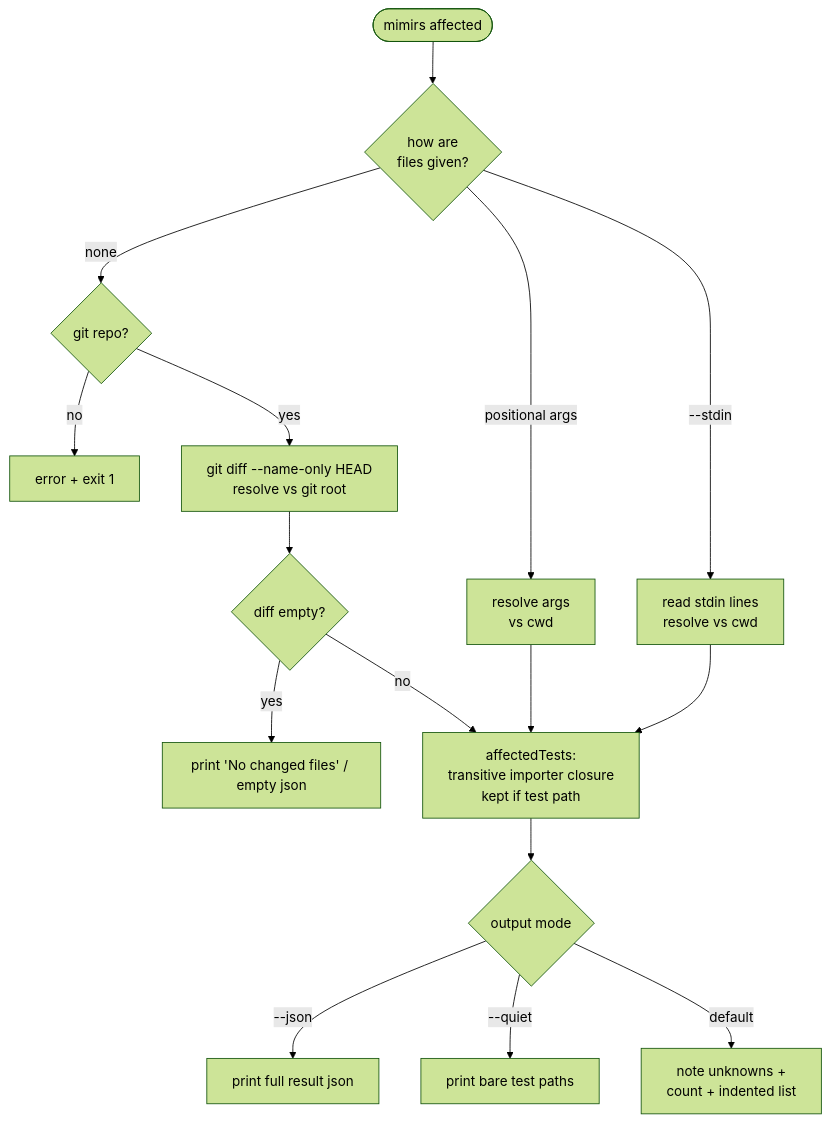
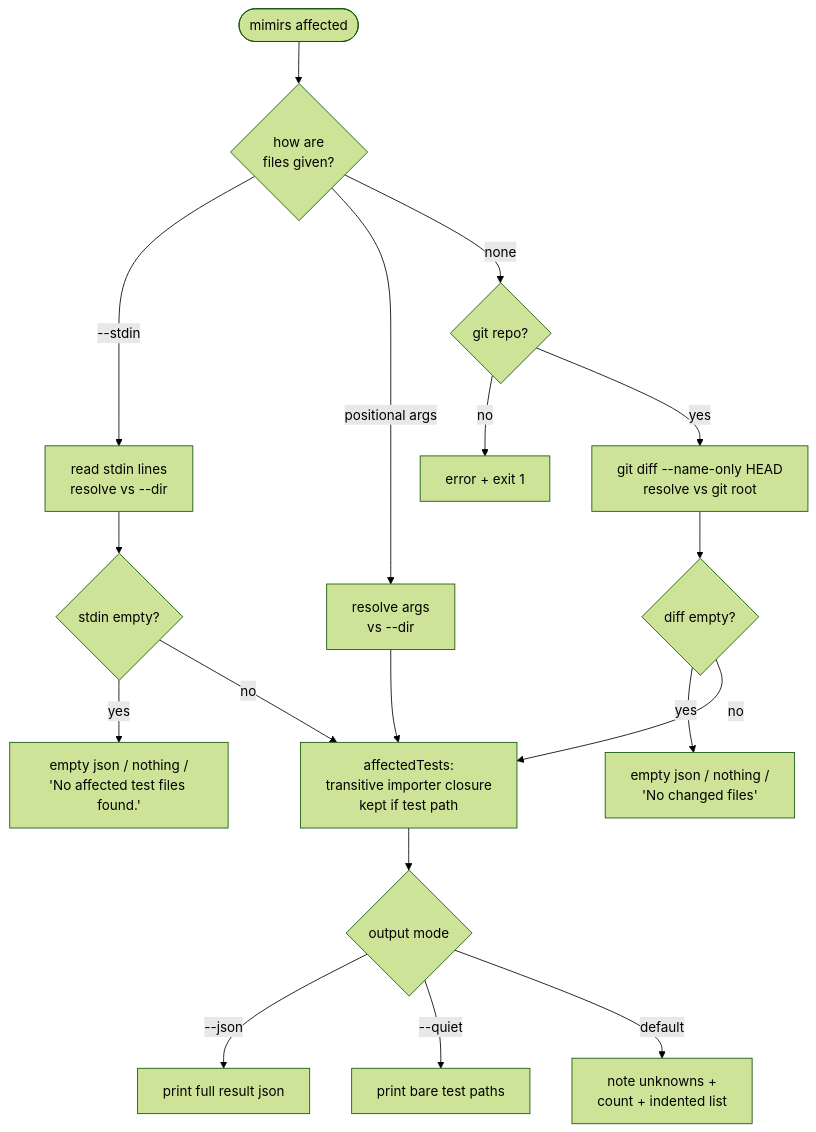
Before and after one commit to TheWinci/mimirs: the diagram in wiki/cli/affected.md, drawn with Mermaid (forest theme). The commit also changed other lines of this file and 51 other files, not shown here.

````diff
--- a/wiki/cli/affected.md
+++ b/wiki/cli/affected.md
@@ -9,18 +9,20 @@
 ```mermaid
 flowchart TD
   startNode([mimirs affected]) --> mode{how are<br>files given?}
-  mode -->|--stdin| stdin[read stdin lines<br>resolve vs cwd]
-  mode -->|positional args| args[resolve args<br>vs cwd]
+  mode -->|--stdin| stdin[read stdin lines<br>resolve vs --dir]
+  stdin --> stdinEmpty{stdin empty?}
+  stdinEmpty -->|yes| stdinNone[empty json / nothing /<br>'No affected test files found.']
+  mode -->|positional args| args[resolve args<br>vs --dir]
   mode -->|none| gitChk{git repo?}
   gitChk -->|no| failNode[error + exit 1]
   gitChk -->|yes| diff[git diff --name-only HEAD<br>resolve vs git root]
   diff --> emptyChk{diff empty?}
-  emptyChk -->|yes| noChange[print 'No changed files' / empty json]
-  stdin --> walk
+  emptyChk -->|yes| noChange[empty json / nothing /<br>'No changed files']
+  stdinEmpty -->|no| walk
   args --> walk
   emptyChk -->|no| walk[affectedTests:<br>transitive importer closure<br>kept if test path]
   walk --> outMode{output mode}
   outMode -->|--json| jsonOut[print full result json]
   outMode -->|--quiet| quietOut[print bare test paths]
   outMode -->|default| textOut[note unknowns +<br>count + indented list]
 ```
````
